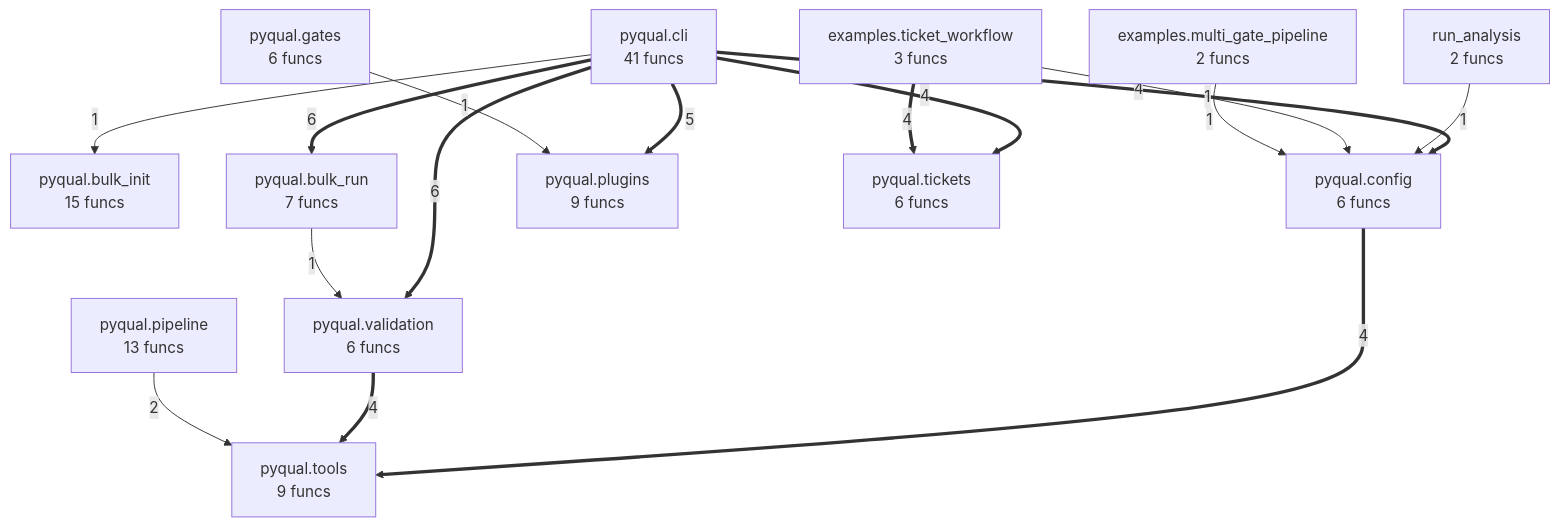
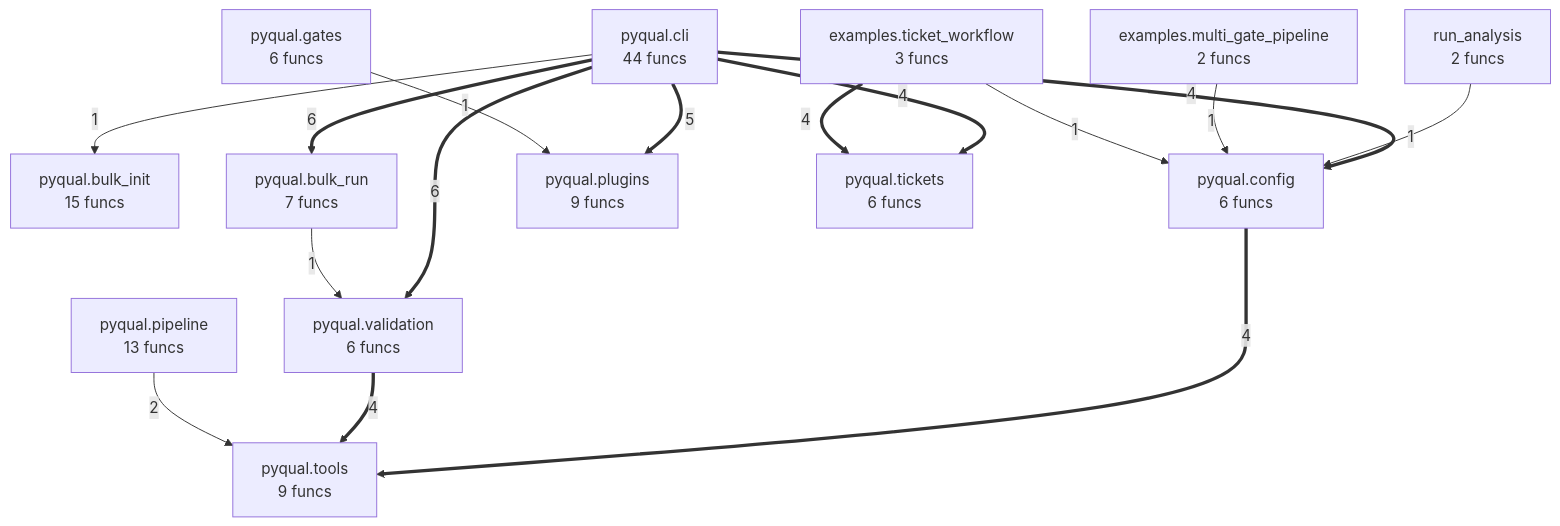
One commit to semcod/pyqual changed the diagram in project/compact_flow.mmd. Above: the diagram before and after it, drawn with Mermaid. The commit also changed 20 other files, not shown here.

```diff
--- a/project/compact_flow.mmd
+++ b/project/compact_flow.mmd
@@ -1,29 +1,29 @@
 flowchart TD
     examples__multi_gate_pipeline["examples.multi_gate_pipeline<br/>2 funcs"]
     examples__ticket_workflow["examples.ticket_workflow<br/>3 funcs"]
     pyqual__bulk_init["pyqual.bulk_init<br/>15 funcs"]
     pyqual__bulk_run["pyqual.bulk_run<br/>7 funcs"]
-    pyqual__cli["pyqual.cli<br/>41 funcs"]
+    pyqual__cli["pyqual.cli<br/>44 funcs"]
     pyqual__config["pyqual.config<br/>6 funcs"]
     pyqual__gates["pyqual.gates<br/>6 funcs"]
     pyqual__pipeline["pyqual.pipeline<br/>13 funcs"]
     pyqual__plugins["pyqual.plugins<br/>9 funcs"]
     pyqual__tickets["pyqual.tickets<br/>6 funcs"]
     pyqual__tools["pyqual.tools<br/>9 funcs"]
     pyqual__validation["pyqual.validation<br/>6 funcs"]
     run_analysis["run_analysis<br/>2 funcs"]
     pyqual__cli ==>|6| pyqual__bulk_run
     pyqual__cli ==>|6| pyqual__validation
     pyqual__cli ==>|5| pyqual__plugins
     pyqual__config ==>|4| pyqual__tools
+    pyqual__validation ==>|4| pyqual__tools
     pyqual__cli ==>|4| pyqual__config
     pyqual__cli ==>|4| pyqual__tickets
-    pyqual__validation ==>|4| pyqual__tools
     examples__ticket_workflow ==>|4| pyqual__tickets
     pyqual__pipeline -->|2| pyqual__tools
     run_analysis -->|1| pyqual__config
     pyqual__gates -->|1| pyqual__plugins
+    pyqual__bulk_run -->|1| pyqual__validation
     pyqual__cli -->|1| pyqual__bulk_init
-    pyqual__bulk_run -->|1| pyqual__validation
+    examples__multi_gate_pipeline -->|1| pyqual__config
     examples__ticket_workflow -->|1| pyqual__config
-    examples__multi_gate_pipeline -->|1| pyqual__config
```
